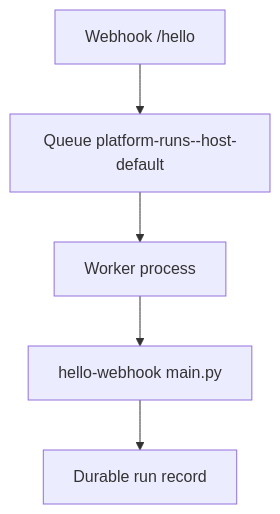
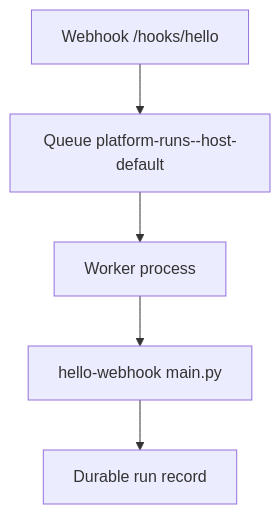
Before and after one commit to swizzletech/swizzle: the diagram in infra/examples/hello-webhook/flow.mermaid, drawn with Mermaid. The commit also changed 270 other files, not shown here.

```diff
--- a/infra/examples/hello-webhook/flow.mermaid
+++ b/infra/examples/hello-webhook/flow.mermaid
@@ -1,5 +1,5 @@
 graph TD
-  A[Webhook /hello] --> B[Queue platform-runs--host-default]
+  A[Webhook /hooks/hello] --> B[Queue platform-runs--host-default]
   B --> C[Worker process]
   C --> D[hello-webhook main.py]
   D --> E[Durable run record]
```
